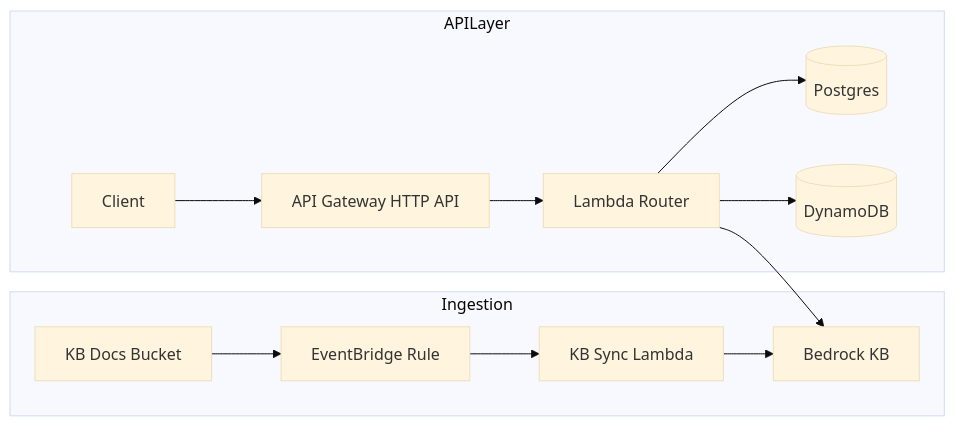
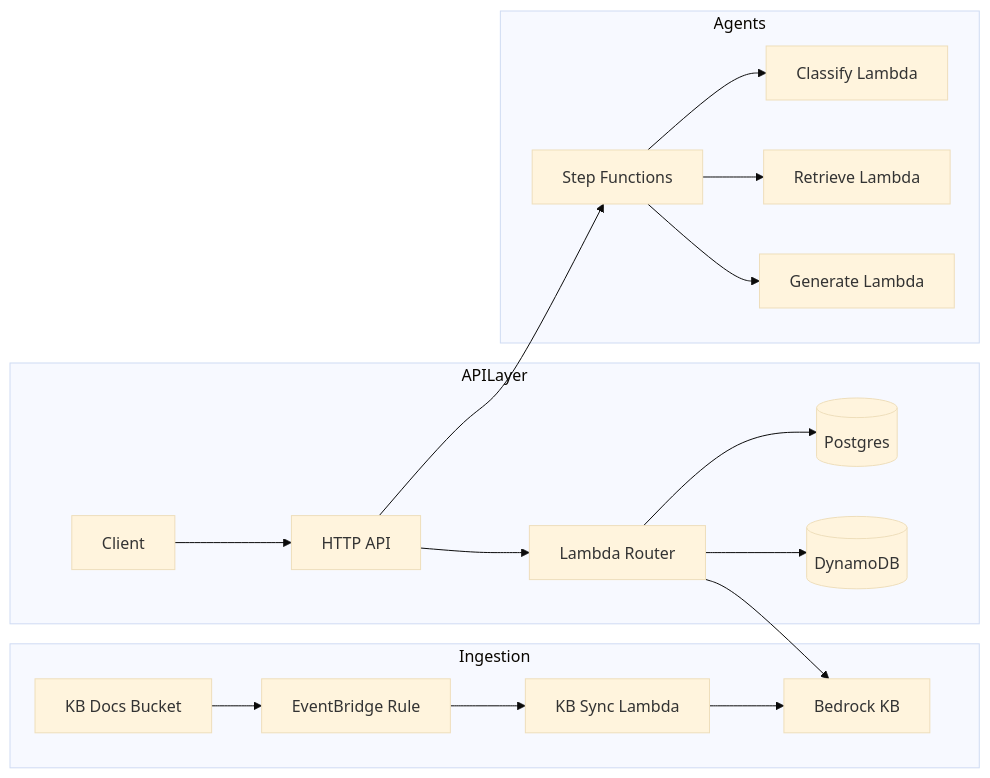
Before and after one commit to Sumitbhoyar/customer-support-copilot: the first of 2 diagrams in README.md, drawn with Mermaid (base theme). The commit also changed other lines of this file and 25 other files, not shown here.

````diff
--- a/README.md
+++ b/README.md
@@ -28,12 +29,18 @@
 ```mermaid
 flowchart LR
   subgraph Ingestion
     S3[KB Docs Bucket] --> EB[EventBridge Rule] --> Lsync[KB Sync Lambda] --> Bedrock[Bedrock KB]
   end
   subgraph APILayer
-    Client --> APIgw[API Gateway HTTP API] --> Lapi[Lambda Router]
+    Client --> APIgw[HTTP API] --> Lapi[Lambda Router]
     Lapi --> RDS[(Postgres)]
     Lapi --> DDB[(DynamoDB)]
     Lapi --> Bedrock
   end
+  subgraph Agents
+    APIgw --> SFN[Step Functions]
+    SFN --> Lclass[Classify Lambda]
+    SFN --> Lret[Retrieve Lambda]
+    SFN --> Lgen[Generate Lambda]
+  end
 ```
````
